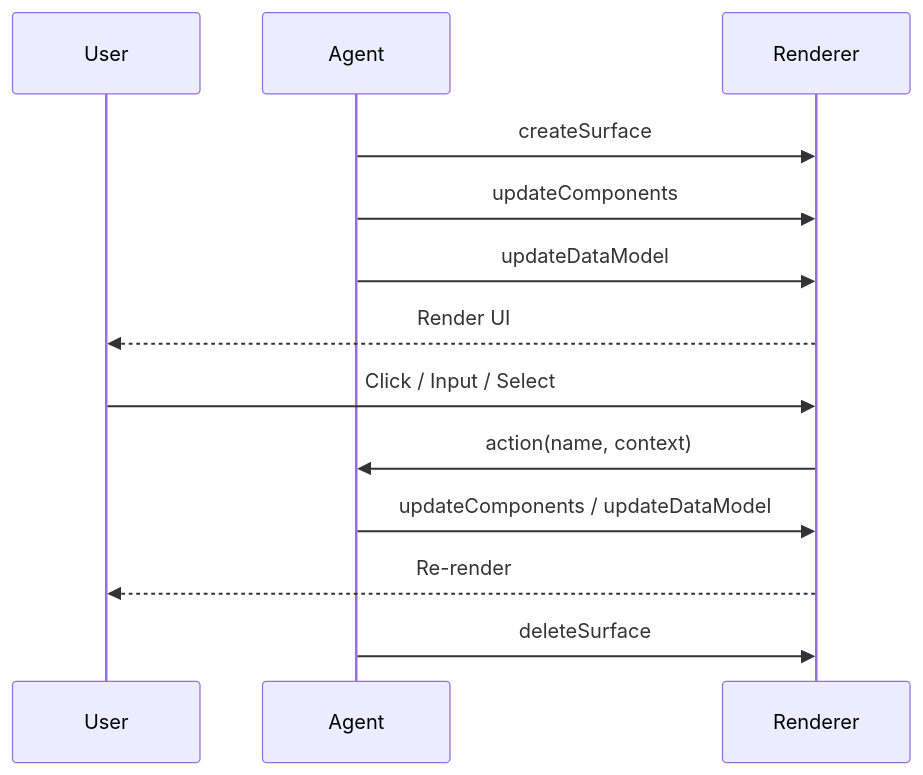
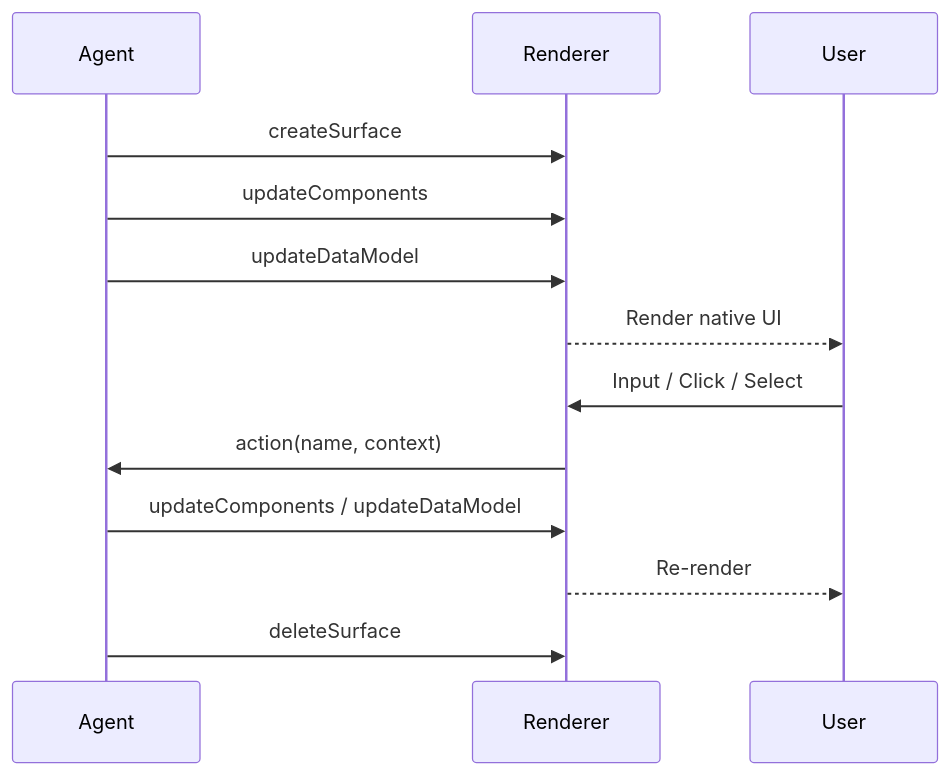
One commit to Nunchakus888/dossierkit changed the fourth of 12 diagrams in profiles/default/content/zh/notes/ag-ui-a2ui-agent-runtime-generative-ui-ai-native.mdx. Above: the diagram before and after it, drawn with Mermaid. The commit also changed other lines of this file, not shown here.

Commit message:
Update note: AG-UI 与 A2UI：构建跨 Agent、跨平台的交互架构

```diff
--- a/profiles/default/content/zh/notes/ag-ui-a2ui-agent-runtime-generative-ui-ai-native.mdx
+++ b/profiles/default/content/zh/notes/ag-ui-a2ui-agent-runtime-generative-ui-ai-native.mdx
@@ -334,19 +209,19 @@
 ~~~mermaid
 sequenceDiagram
-  participant User as User
-  participant Agent as Agent
-  participant Renderer as Renderer
+  participant A as Agent
+  participant R as Renderer
+  participant U as User
 
-  Agent->>Renderer: createSurface
-  Agent->>Renderer: updateComponents
-  Agent->>Renderer: updateDataModel
-  Renderer-->>User: Render UI
+  A->>R: createSurface
+  A->>R: updateComponents
+  A->>R: updateDataModel
+  R-->>U: Render native UI
 
-  User->>Renderer: Click / Input / Select
-  Renderer->>Agent: action(name, context)
+  U->>R: Input / Click / Select
+  R->>A: action(name, context)
 
-  Agent->>Renderer: updateComponents / updateDataModel
-  Renderer-->>User: Re-render
+  A->>R: updateComponents / updateDataModel
+  R-->>U: Re-render
 
-  Agent->>Renderer: deleteSurface
+  A->>R: deleteSurface
 ~~~
```
